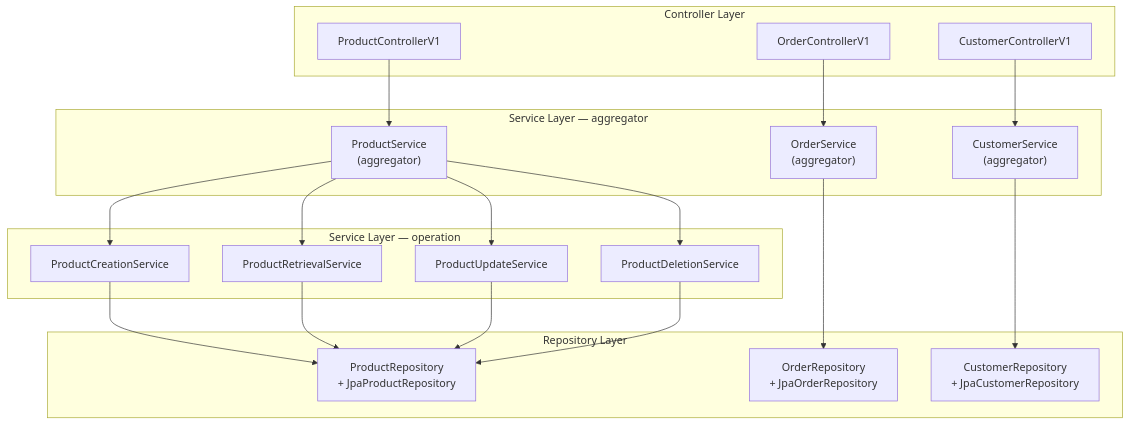
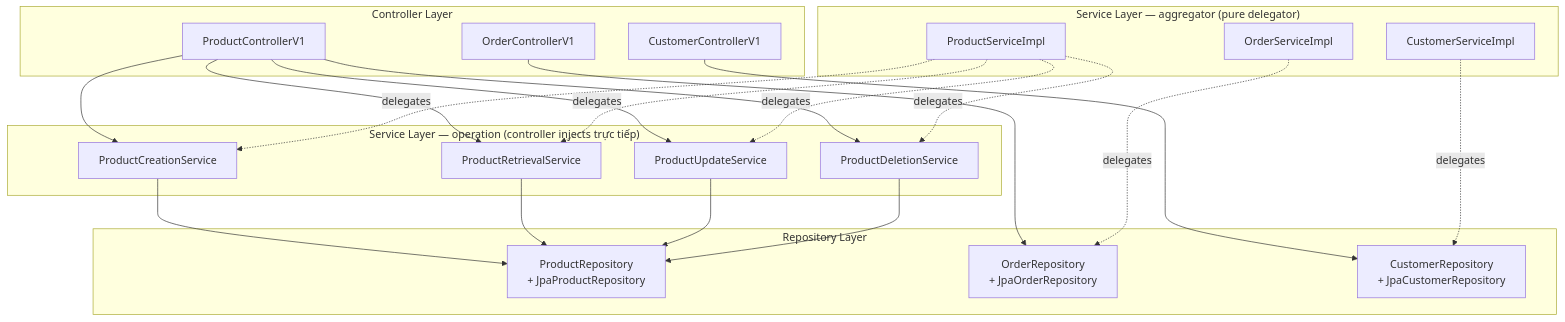
One commit to nt-hongnhat/StoreVision changed the second of 8 diagrams in SYSTEM_DESIGN.md. Above: the diagram before and after it, drawn with Mermaid. The commit also changed other lines of this file, not shown here.

Commit message:
docs(system-design): update service architecture and business rule delegation
- Clarify service roles: promote direct injection of operation-specific services into controllers.
- Update deletion flow: enforce business rule implementation in operation-specific services (e.g., `ProductDeletionServiceImpl`) and refine behavior of `markAsDeleted`.
- Improve documentation for aggregator services as pure delegators and emphasize direct controller-service interaction.
- Update mermaid diagrams to reflect revised service architecture.

````diff
--- a/SYSTEM_DESIGN.md
+++ b/SYSTEM_DESIGN.md
@@ -136,35 +138,35 @@
 ```mermaid
 graph TD
     subgraph "Controller Layer"
         CV1["ProductControllerV1"]
         CO1["OrderControllerV1"]
         CC1["CustomerControllerV1"]
     end
 
-    subgraph "Service Layer — aggregator"
-        PS["ProductService\n(aggregator)"]
-        OS["OrderService\n(aggregator)"]
-        CS["CustomerService\n(aggregator)"]
+    subgraph "Service Layer — aggregator (pure delegator)"
+        PS["ProductServiceImpl"]
+        OS["OrderServiceImpl"]
+        CS["CustomerServiceImpl"]
     end
 
-    subgraph "Service Layer — operation"
+    subgraph "Service Layer — operation (controller injects trực tiếp)"
         PC["ProductCreationService"]
         PR["ProductRetrievalService"]
         PU["ProductUpdateService"]
         PD["ProductDeletionService"]
     end
 
     subgraph "Repository Layer"
         PREPO["ProductRepository\n+ JpaProductRepository"]
         OREPO["OrderRepository\n+ JpaOrderRepository"]
         CREPO["CustomerRepository\n+ JpaCustomerRepository"]
     end
 
-    CV1 --> PS
-    CO1 --> OS
-    CC1 --> CS
-    PS --> PC & PR & PU & PD
+    CV1 --> PC & PR & PU & PD
+    CO1 --> OREPO
+    CC1 --> CREPO
+    PS -.->|delegates| PC & PR & PU & PD
+    OS -.->|delegates| OREPO
+    CS -.->|delegates| CREPO
     PC & PR & PU & PD --> PREPO
-    OS --> OREPO
-    CS --> CREPO
 ```
````
